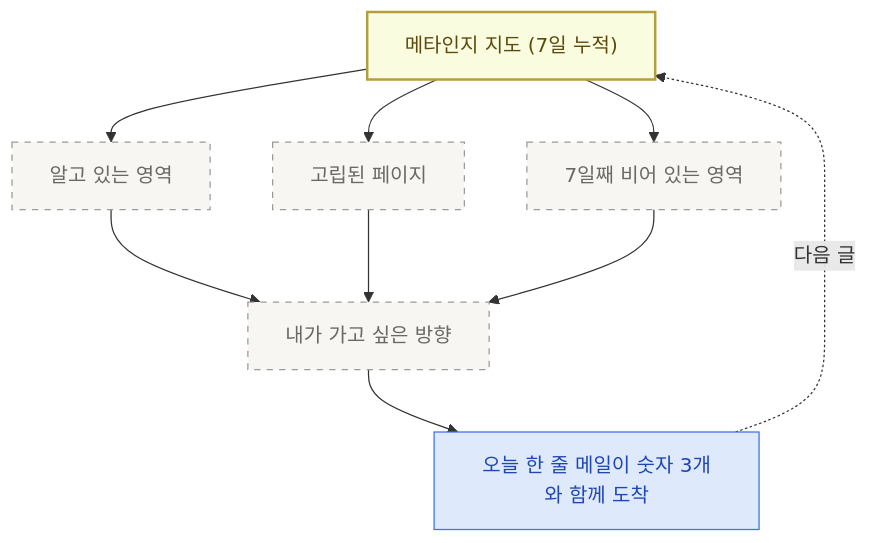
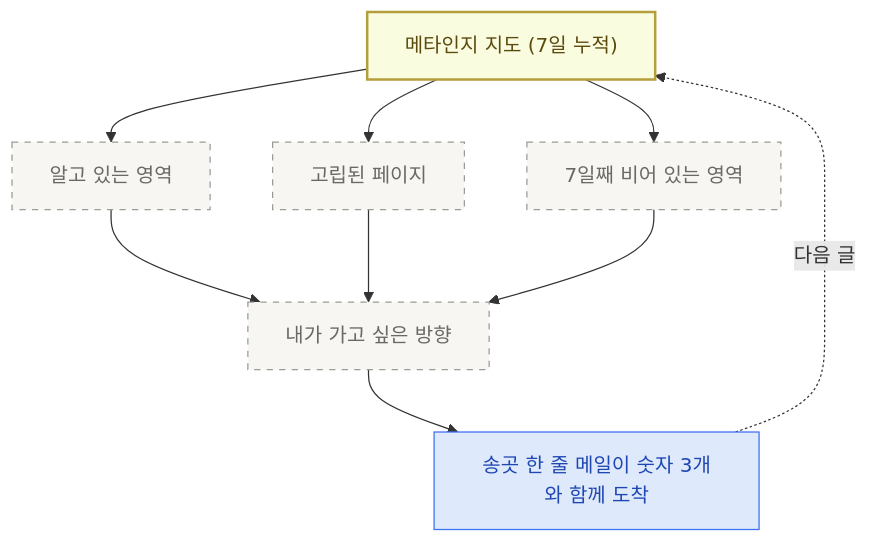
One commit to effectiveai-io/my-learning-agent changed the second of 2 diagrams in content/week2/awl.mdx. Above: the diagram before and after it, drawn with Mermaid. The commit also changed other lines of this file and 6 other files, not shown here.

````diff
--- a/content/week2/awl.mdx
+++ b/content/week2/awl.mdx
@@ -138,25 +138,25 @@
 ```mermaid
 flowchart TD
     Map["메타인지 지도 (7일 누적)"]
     Known["알고 있는 영역"]
     Isolated["고립된 페이지"]
     Empty["7일째 비어 있는 영역"]
     Direction["내가 가고 싶은 방향"]
-    Mail["오늘 한 줄 메일이 숫자 3개와 함께 도착"]
+    Mail["송곳 한 줄 메일이 숫자 3개와 함께 도착"]
 
     Map --> Known
     Map --> Isolated
     Map --> Empty
     Known --> Direction
     Isolated --> Direction
     Empty --> Direction
     Direction --> Mail
     Mail -.다음 글.-> Map
 
     classDef now fill:#dee9fb,stroke:#3d6ff2,color:#1f47b3
     classDef axis fill:#fafce0,stroke:#b59f3b,stroke-width:2px,color:#5b4a0e
     classDef next fill:#f7f6f3,stroke:#9b9a97,stroke-dasharray:5,color:#6b6964
     class Mail now
     class Map axis
     class Known,Isolated,Empty,Direction next
 ```
````
